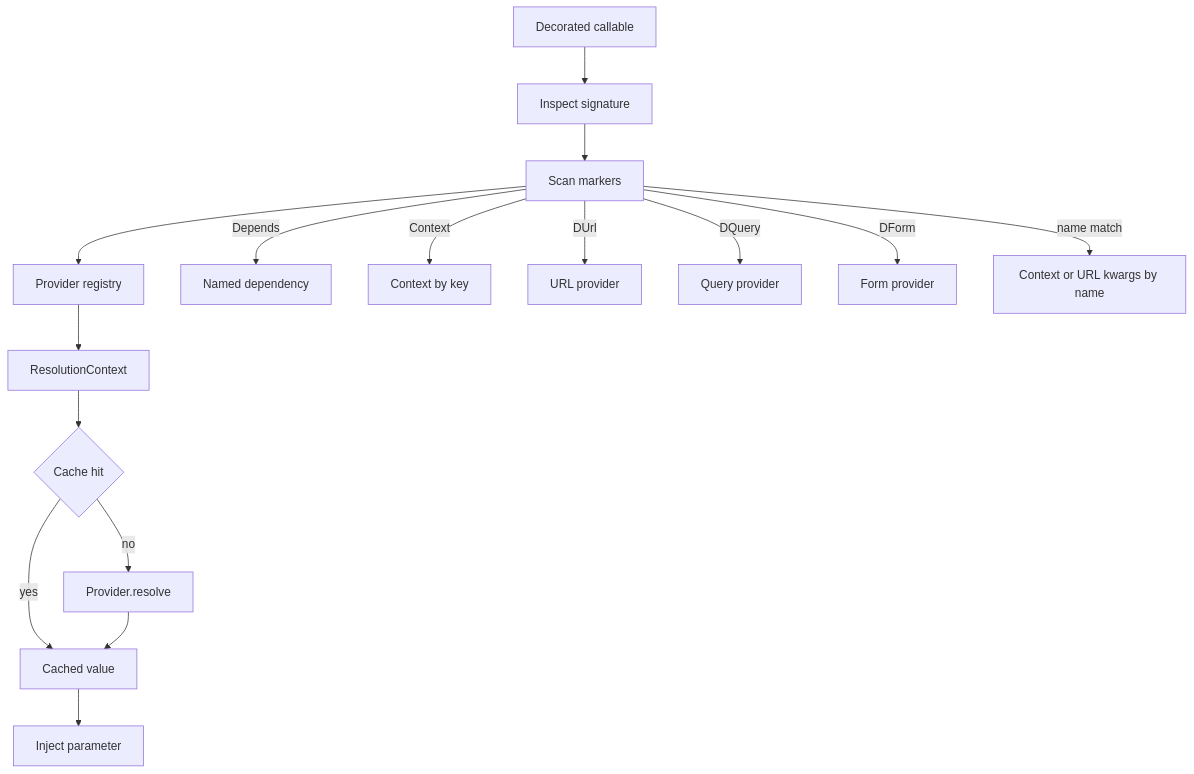
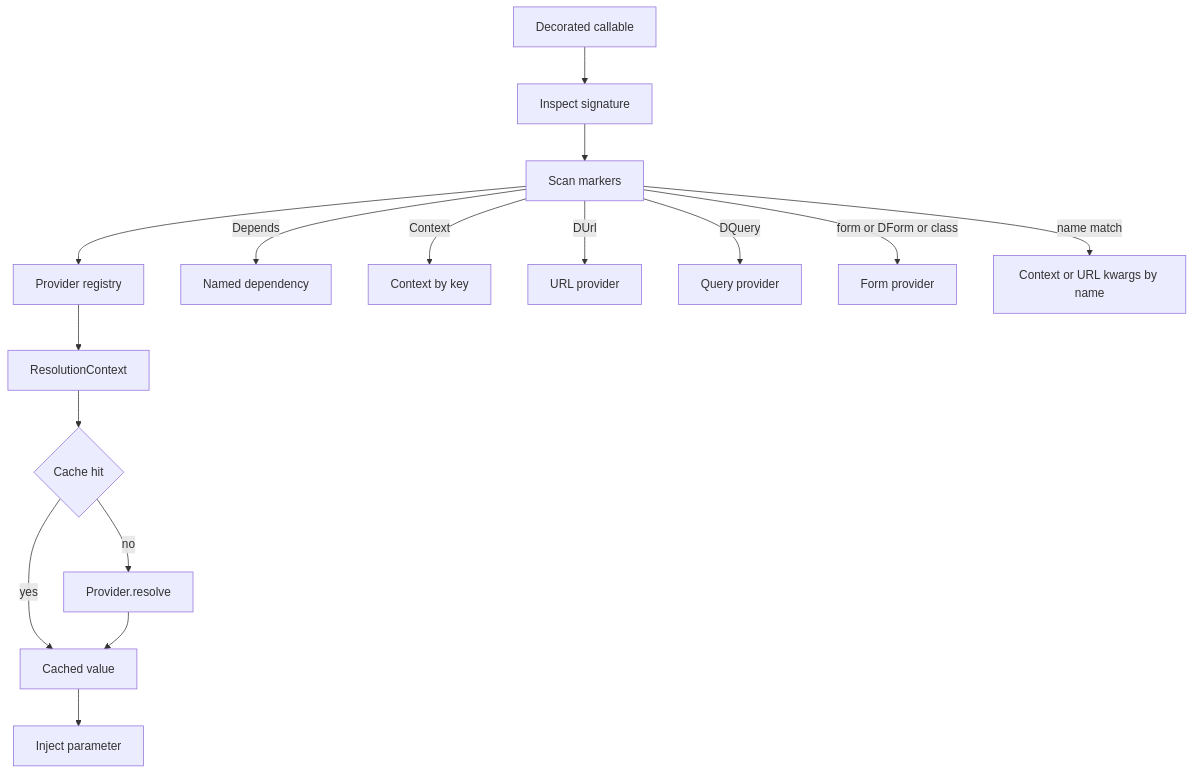
One commit to next-dj/next-dj changed the diagram in docs/content/internals/di-resolver.rst. Above: the diagram before and after it, drawn with Mermaid. The commit also changed other lines of this file and 92 other files, not shown here.

```diff
--- a/docs/content/internals/di-resolver.rst
+++ b/docs/content/internals/di-resolver.rst
@@ -21,18 +21,18 @@
 .. mermaid::
 
    flowchart TB
        Callable[Decorated callable] --> Sig[Inspect signature]
        Sig --> Markers[Scan markers]
        Markers --> Providers[Provider registry]
        Providers --> Resolution[ResolutionContext]
        Resolution --> Cache{Cache hit}
        Cache -- yes --> Value[Cached value]
        Cache -- no --> Provider[Provider.resolve]
        Provider --> Value
        Value --> Inject[Inject parameter]
        Markers -- Depends --> NamedDep[Named dependency]
        Markers -- Context --> CtxByKey[Context by key]
        Markers -- DUrl --> UrlProv[URL provider]
        Markers -- DQuery --> QueryProv[Query provider]
-       Markers -- DForm --> FormProv[Form provider]
+       Markers -- form or DForm or class --> FormProv[Form provider]
        Markers -- name match --> NameProv[Context or URL kwargs by name]
```
